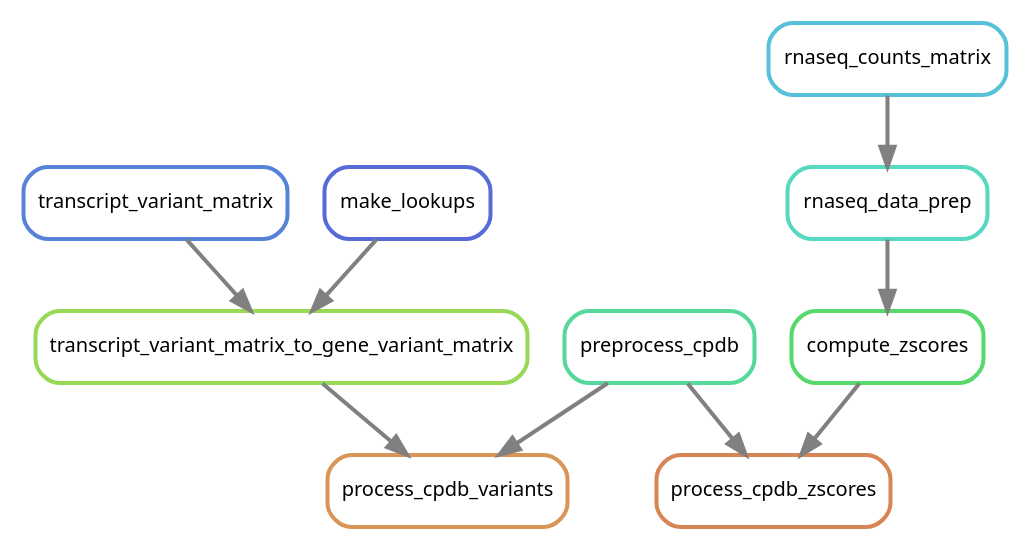
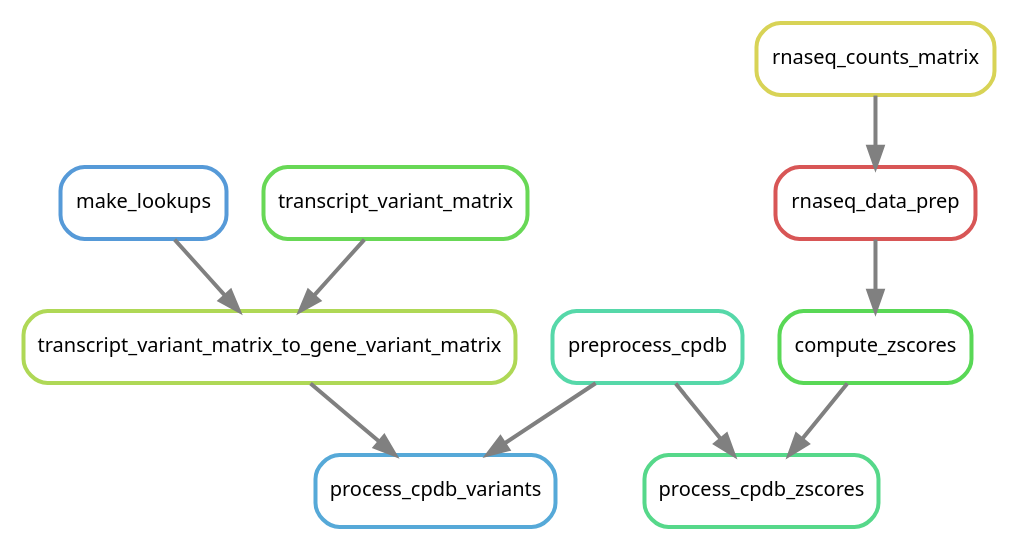
One commit to NCBI-Hackathons/Pharmacogenomics_Prediction_Pipeline_P3 changed the diagram in doc/source/images/cpdb.dot. Above: the diagram before and after it, drawn with Graphviz. The commit also changed 25 other files, not shown here.

```diff
--- a/doc/source/images/cpdb.dot
+++ b/doc/source/images/cpdb.dot
@@ -1,22 +1,22 @@
 digraph snakemake_dag {
     graph[bgcolor=white, margin=0];
     node[shape=box, style=rounded, fontname=sans,                 fontsize=10, penwidth=2];
     edge[penwidth=2, color=grey];
-	0[label = "preprocess_cpdb", color = "0.42 0.6 0.85", style="rounded"];
-	1[label = "rnaseq_data_prep", color = "0.47 0.6 0.85", style="rounded"];
-	2[label = "process_cpdb_variants", color = "0.08 0.6 0.85", style="rounded"];
-	3[label = "rnaseq_counts_matrix", color = "0.53 0.6 0.85", style="rounded"];
-	4[label = "transcript_variant_matrix", color = "0.61 0.6 0.85", style="rounded"];
-	5[label = "process_cpdb_zscores", color = "0.06 0.6 0.85", style="rounded"];
-	6[label = "compute_zscores", color = "0.36 0.6 0.85", style="rounded"];
-	7[label = "transcript_variant_matrix_to_gene_variant_matrix", color = "0.25 0.6 0.85", style="rounded"];
-	8[label = "make_lookups", color = "0.64 0.6 0.85", style="rounded"];
-	3 -> 1
-	0 -> 2
-	7 -> 2
-	0 -> 5
-	6 -> 5
-	1 -> 6
-	4 -> 7
-	8 -> 7
+	0[label = "rnaseq_data_prep", color = "0.00 0.6 0.85", style="rounded"];
+	1[label = "preprocess_cpdb", color = "0.44 0.6 0.85", style="rounded"];
+	2[label = "make_lookups", color = "0.58 0.6 0.85", style="rounded"];
+	3[label = "process_cpdb_zscores", color = "0.40 0.6 0.85", style="rounded"];
+	4[label = "transcript_variant_matrix_to_gene_variant_matrix", color = "0.22 0.6 0.85", style="rounded"];
+	5[label = "process_cpdb_variants", color = "0.56 0.6 0.85", style="rounded"];
+	6[label = "transcript_variant_matrix", color = "0.31 0.6 0.85", style="rounded"];
+	7[label = "compute_zscores", color = "0.33 0.6 0.85", style="rounded"];
+	8[label = "rnaseq_counts_matrix", color = "0.16 0.6 0.85", style="rounded"];
+	8 -> 0
+	1 -> 3
+	7 -> 3
+	6 -> 4
+	2 -> 4
+	1 -> 5
+	4 -> 5
+	0 -> 7
 }            
```
